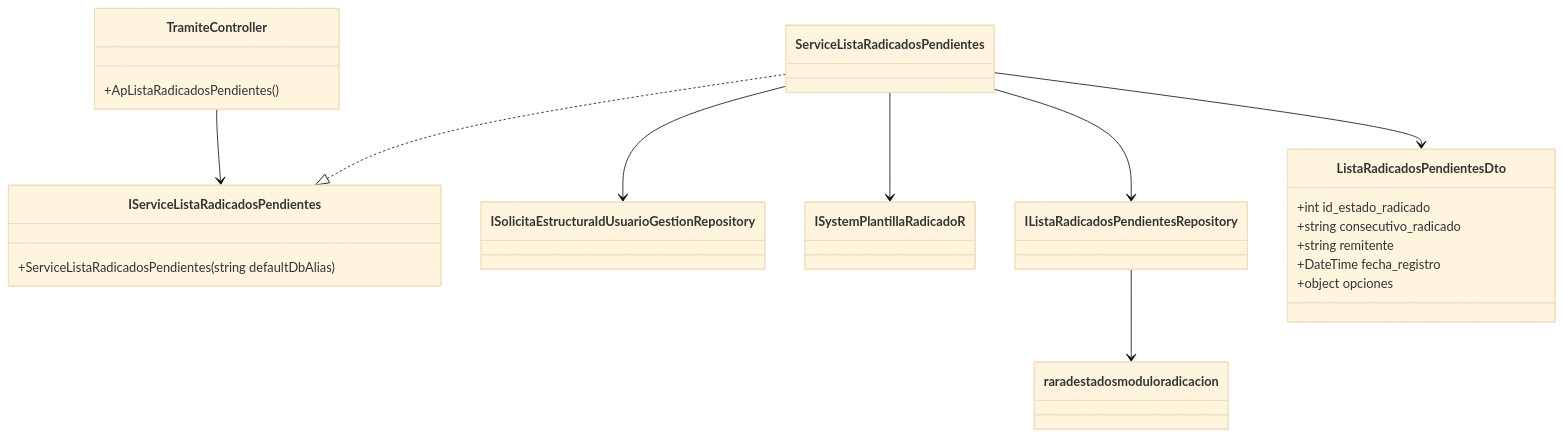
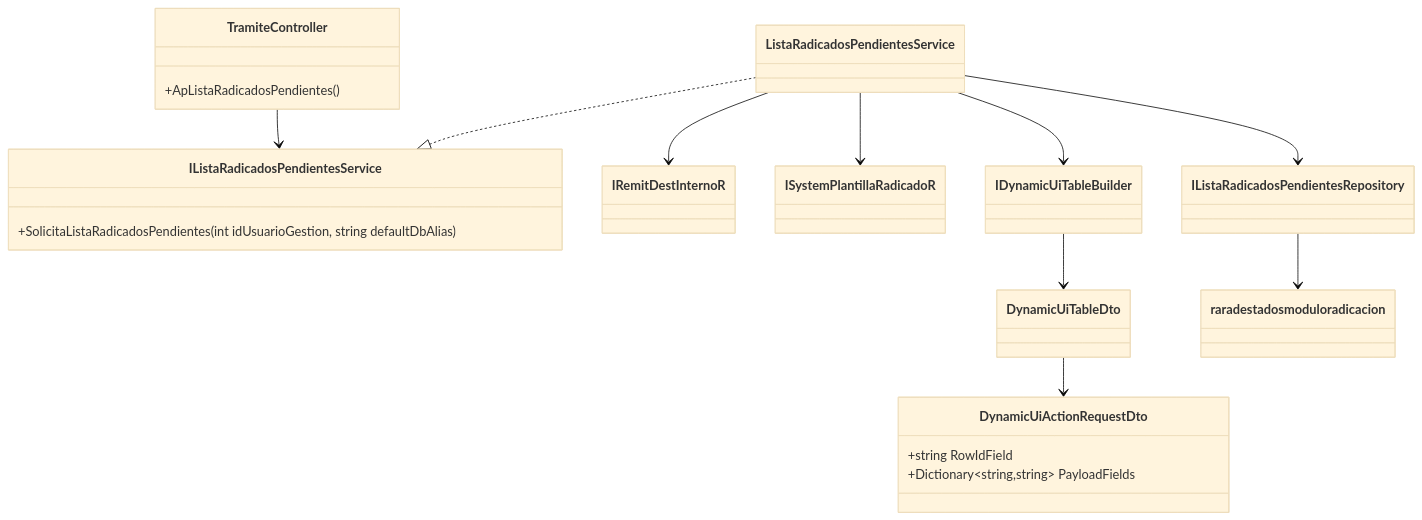
One commit to miguelurueta/DocuArchiCore changed the second of 4 diagrams in Docs/Radicacion/Tramite/SCRUM-30-Diagramas.md. Above: the diagram before and after it, drawn with Mermaid (base theme). The commit also changed other lines of this file and 7 other files, not shown here.

Commit message:
test/docs: actualizar evidencia de radicados pendientes dynamic ui table

````diff
--- a/Docs/Radicacion/Tramite/SCRUM-30-Diagramas.md
+++ b/Docs/Radicacion/Tramite/SCRUM-30-Diagramas.md
@@ -17,29 +18,30 @@
 ```mermaid
 classDiagram
     class TramiteController {
       +ApListaRadicadosPendientes()
     }
-    class IServiceListaRadicadosPendientes {
-      +ServiceListaRadicadosPendientes(string defaultDbAlias)
+    class IListaRadicadosPendientesService {
+      +SolicitaListaRadicadosPendientes(int idUsuarioGestion, string defaultDbAlias)
     }
-    class ServiceListaRadicadosPendientes
-    class ISolicitaEstructuraIdUsuarioGestionRepository
+    class ListaRadicadosPendientesService
+    class IRemitDestInternoR
     class ISystemPlantillaRadicadoR
     class IListaRadicadosPendientesRepository
-    class ListaRadicadosPendientesDto {
-      +int id_estado_radicado
-      +string consecutivo_radicado
-      +string remitente
-      +DateTime fecha_registro
-      +object opciones
+    class IDynamicUiTableBuilder
+    class DynamicUiTableDto
+    class DynamicUiActionRequestDto {
+      +string RowIdField
+      +Dictionary~string,string~ PayloadFields
     }
     class raradestadosmoduloradicacion
 
-    TramiteController --> IServiceListaRadicadosPendientes
-    ServiceListaRadicadosPendientes ..|> IServiceListaRadicadosPendientes
-    ServiceListaRadicadosPendientes --> ISolicitaEstructuraIdUsuarioGestionRepository
-    ServiceListaRadicadosPendientes --> ISystemPlantillaRadicadoR
-    ServiceListaRadicadosPendientes --> IListaRadicadosPendientesRepository
+    TramiteController --> IListaRadicadosPendientesService
+    ListaRadicadosPendientesService ..|> IListaRadicadosPendientesService
+    ListaRadicadosPendientesService --> IRemitDestInternoR
+    ListaRadicadosPendientesService --> ISystemPlantillaRadicadoR
+    ListaRadicadosPendientesService --> IListaRadicadosPendientesRepository
+    ListaRadicadosPendientesService --> IDynamicUiTableBuilder
     IListaRadicadosPendientesRepository --> raradestadosmoduloradicacion
-    ServiceListaRadicadosPendientes --> ListaRadicadosPendientesDto
+    IDynamicUiTableBuilder --> DynamicUiTableDto
+    DynamicUiTableDto --> DynamicUiActionRequestDto
 ```
````
